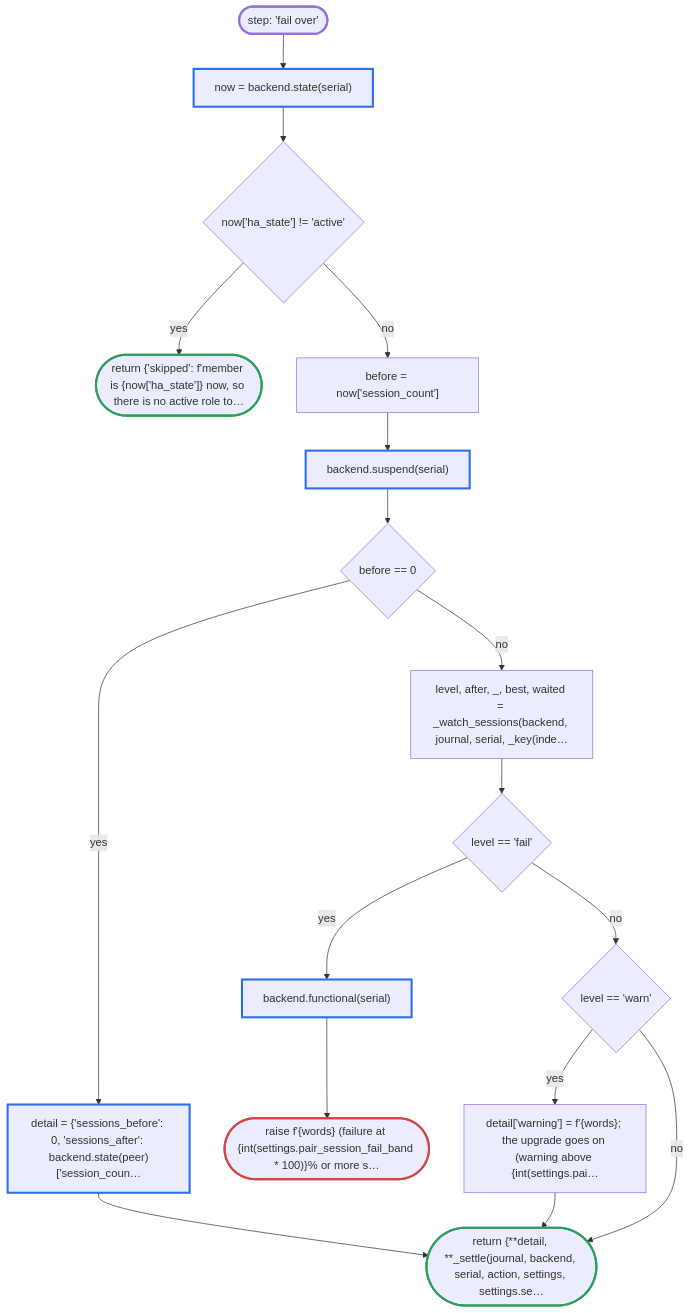
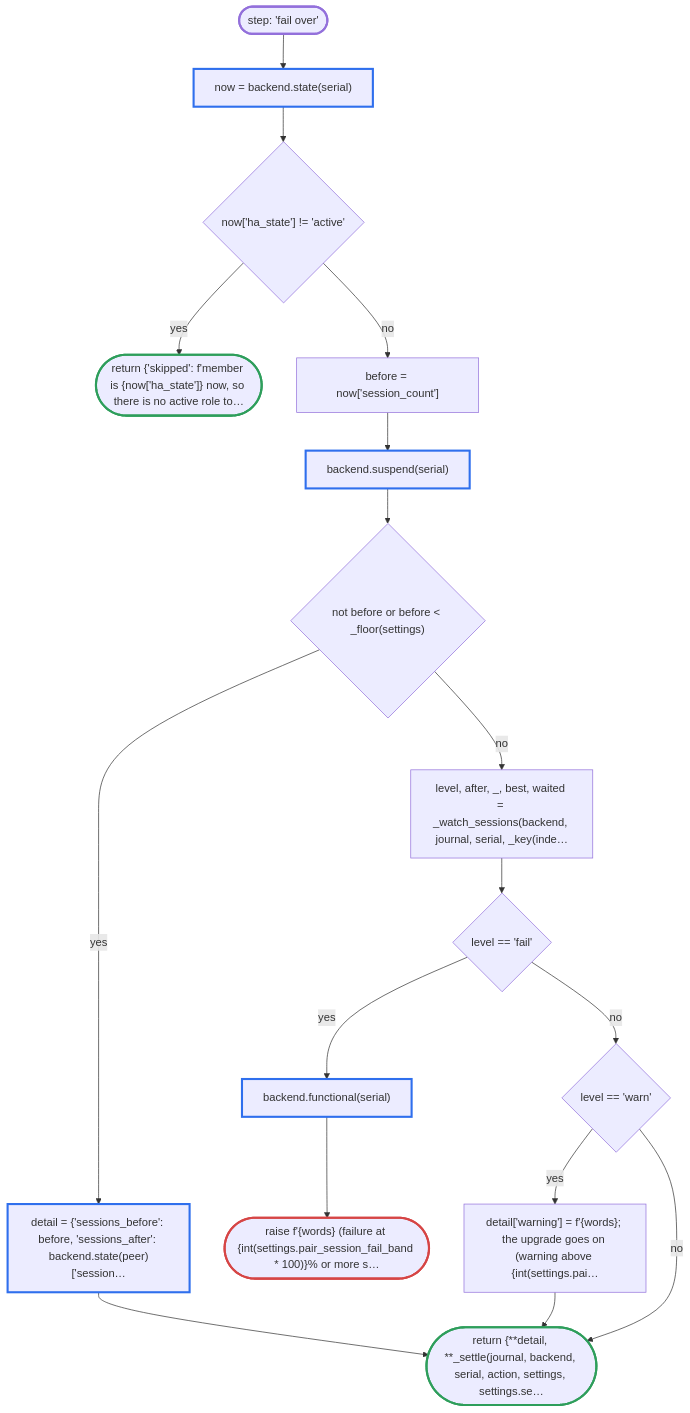
Diagram 11 of 22 in docs/flow/upgrade.md (fettigcj/panUpgrade), drawn with Mermaid before and after one commit. The commit also changed other lines of this file and 9 other files, not shown here.

Commit message:
Add session_noise_floor: counts below it are not judged

````diff
--- a/docs/flow/upgrade.md
+++ b/docs/flow/upgrade.md
@@ -417,47 +417,47 @@
 ```mermaid
 flowchart TD
     d5_1(["step: 'fail over'"])
     d5_2["now = backend.state(serial)"]
     d5_3{"now['ha_state'] != 'active'"}
     d5_4(["return {'skipped': f'member is {now['ha_state']} now, so there is no active role to…"])
     d5_5["before = now['session_count']"]
     d5_6["backend.suspend(serial)"]
-    d5_7{"before == 0"}
-    d5_8["detail = {'sessions_before': 0, 'sessions_after': backend.state(peer)['session_coun…"]
+    d5_7{"not before or before &lt; _floor(settings)"}
+    d5_8["detail = {'sessions_before': before, 'sessions_after': backend.state(peer)['session…"]
     d5_9["level, after, _, best, waited = _watch_sessions(backend, journal, serial, _key(inde…"]
     d5_10{"level == 'fail'"}
     d5_11["backend.functional(serial)"]
     d5_12(["raise f'{words} (failure at {int(settings.pair_session_fail_band * 100)}% or more s…"])
     d5_13{"level == 'warn'"}
     d5_14["detail['warning'] = f'{words}; the upgrade goes on (warning above {int(settings.pai…"]
     d5_15(["return {**detail, **_settle(journal, backend, serial, action, settings, settings.se…"])
     d5_1 --> d5_2
     d5_2 --> d5_3
     d5_3 -->|yes| d5_4
     d5_3 -->|no| d5_5
     d5_5 --> d5_6
     d5_6 --> d5_7
     d5_7 -->|yes| d5_8
     d5_7 -->|no| d5_9
     d5_9 --> d5_10
     d5_10 -->|yes| d5_11
     d5_11 --> d5_12
     d5_10 -->|no| d5_13
     d5_13 -->|yes| d5_14
     d5_8 --> d5_15
     d5_14 --> d5_15
     d5_13 -->|no| d5_15
     classDef api stroke:#2f6fed,stroke-width:3px
     classDef refuse stroke:#d64545,stroke-width:3px
     classDef done stroke:#2e9e5b,stroke-width:3px
     classDef step stroke:#e0a020,stroke-width:3px
     classDef entry stroke-width:3px
     class d5_1 entry
     class d5_2 api
     class d5_4 done
     class d5_6 api
     class d5_8 api
     class d5_11 api
     class d5_12 refuse
     class d5_15 done
 ```
````
